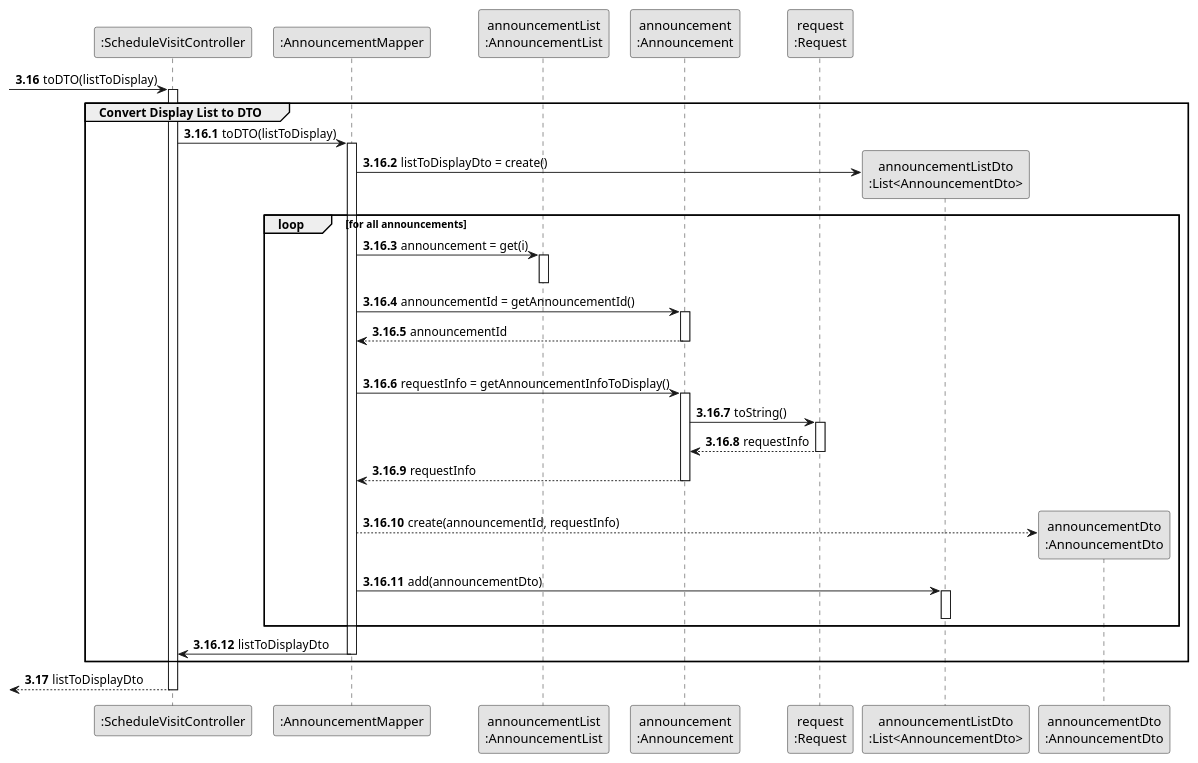
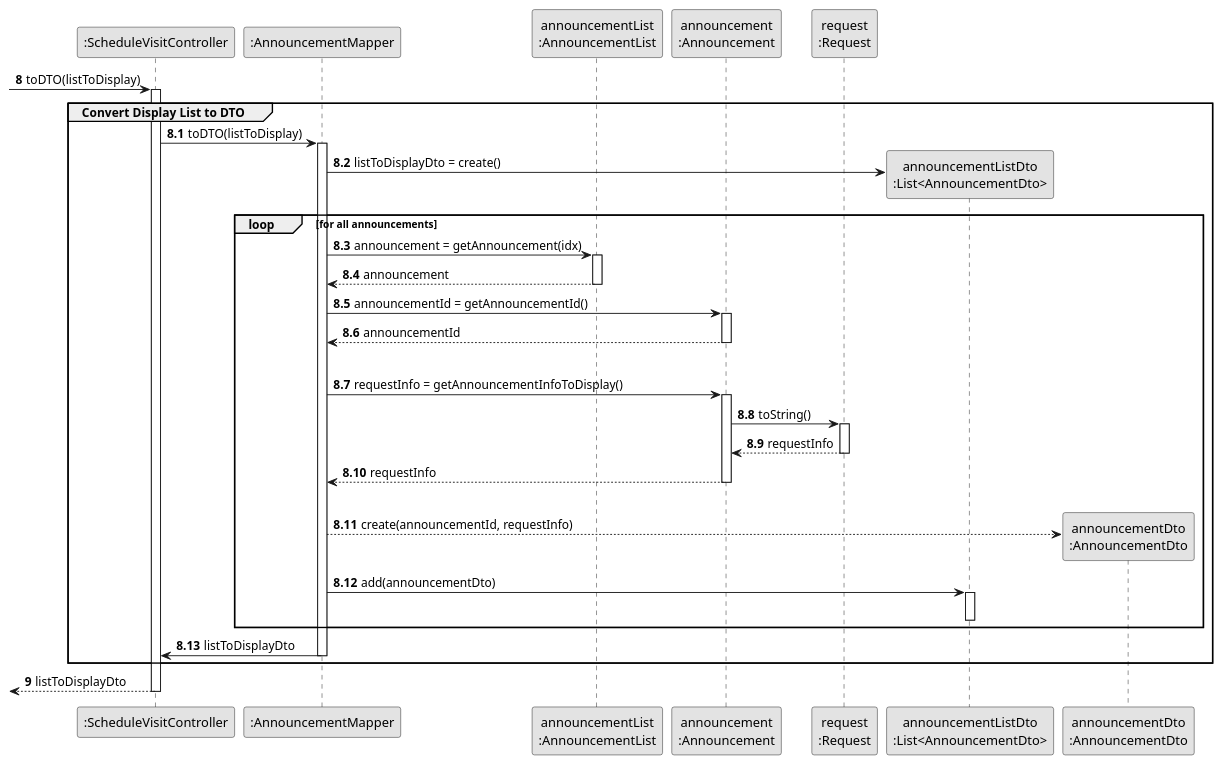
One commit to rita-barbosa/LAPR2-2223 changed the diagram in docs/sprintC/us009/03.design/puml/us009-sequence-diagram-partial-convert-display-list-to-DTO.puml. Above: the diagram before and after it, drawn with PlantUML. The commit also changed 5 other files, not shown here.

```diff
--- a/docs/sprintC/us009/03.design/puml/us009-sequence-diagram-partial-convert-display-list-to-DTO.puml
+++ b/docs/sprintC/us009/03.design/puml/us009-sequence-diagram-partial-convert-display-list-to-DTO.puml
@@ -1,103 +1,78 @@
 @startuml
 skinparam monochrome true
 skinparam packageStyle rectangle
 skinparam shadowing false
 
 
 participant ":ScheduleVisitController" as CTRL
 participant ":AnnouncementMapper" as MAPPER
 participant "announcementList\n:AnnouncementList" as LISTCLASS
 participant "announcement\n:Announcement" as ANNOUNCE
 participant "request\n:Request" as REQUEST
 'participant "property\n:Property" as PROPERTY
 'participant "residence\n:Residence" as RESIDENCE
 'participant "house\n:House" as HOUSE
 participant "announcementListDto\n:List<AnnouncementDto>" as LISTDTO
 participant "announcementDto\n:AnnouncementDto" as ANCDTO
 
 
-autonumber 3.16
+autonumber 8
 
  -> CTRL : toDTO(listToDisplay)
 
 activate CTRL
 
-    autonumber 3.16.1
+    autonumber 8.1
 
     group Convert Display List to DTO
 
         CTRL -> MAPPER : toDTO(listToDisplay)
         activate MAPPER
 
         MAPPER -> LISTDTO** : listToDisplayDto = create()
 
         loop for all announcements
 
-        MAPPER -> LISTCLASS : announcement = get(i)
+        MAPPER -> LISTCLASS : announcement = getAnnouncement(idx)
         activate LISTCLASS
+
+            LISTCLASS --> MAPPER : announcement
         deactivate LISTCLASS
 
         MAPPER -> ANNOUNCE : announcementId = getAnnouncementId()
         activate ANNOUNCE
 
         ANNOUNCE --> MAPPER : announcementId
         deactivate ANNOUNCE
 |||
         MAPPER -> ANNOUNCE : requestInfo = getAnnouncementInfoToDisplay()
         activate ANNOUNCE
 
             ANNOUNCE -> REQUEST : toString()
             activate REQUEST
 
                 REQUEST --> ANNOUNCE : requestInfo
             deactivate REQUEST
 
             ANNOUNCE --> MAPPER : requestInfo
         deactivate ANNOUNCE
-'|||
-'        MAPPER -> PROPERTY : photographList = getPhotographList()
-'        activate PROPERTY
-'
-'            PROPERTY --> MAPPER : potographList
-'        deactivate PROPERTY
-'
-'|||
-'        alt Property Type = Apartment || Property Type = House
-'
-'        MAPPER -> RESIDENCE : availableEquipmentList = getAvailableEquipmentList()
-'        activate RESIDENCE
-'
-'            RESIDENCE --> MAPPER : availableEquipmentList
-'        deactivate RESIDENCE
-'|||
-'        alt Property Type = House
-'
-'        MAPPER -> HOUSE : sunExposure = getSunExposure()
-'        activate HOUSE
-'
-'            HOUSE --> MAPPER : sunExposure
-'        deactivate HOUSE
-'
-'        end alt
-'
-'        end alt
 |||
 
         MAPPER --> ANCDTO**: create(announcementId, requestInfo)
 
         MAPPER -> LISTDTO : add(announcementDto)
         activate LISTDTO
         deactivate LISTDTO
 
         end loop
 
         MAPPER -> CTRL : listToDisplayDto
         deactivate MAPPER
 
     end group
 
-    autonumber 3.17
+    autonumber 9
     <-- CTRL  : listToDisplayDto
 deactivate CTRL
 
 @enduml
```
